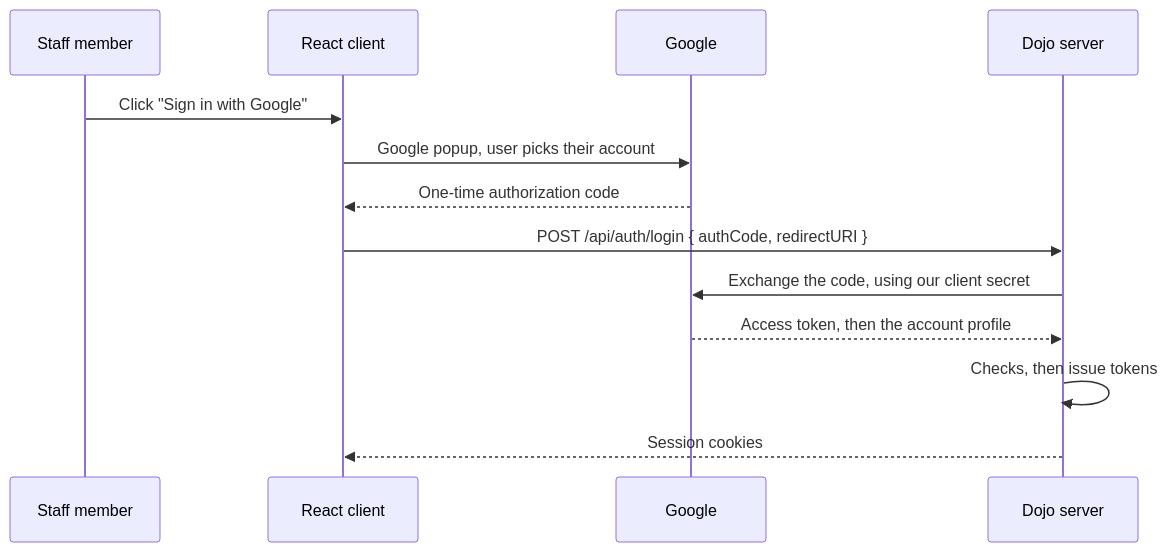
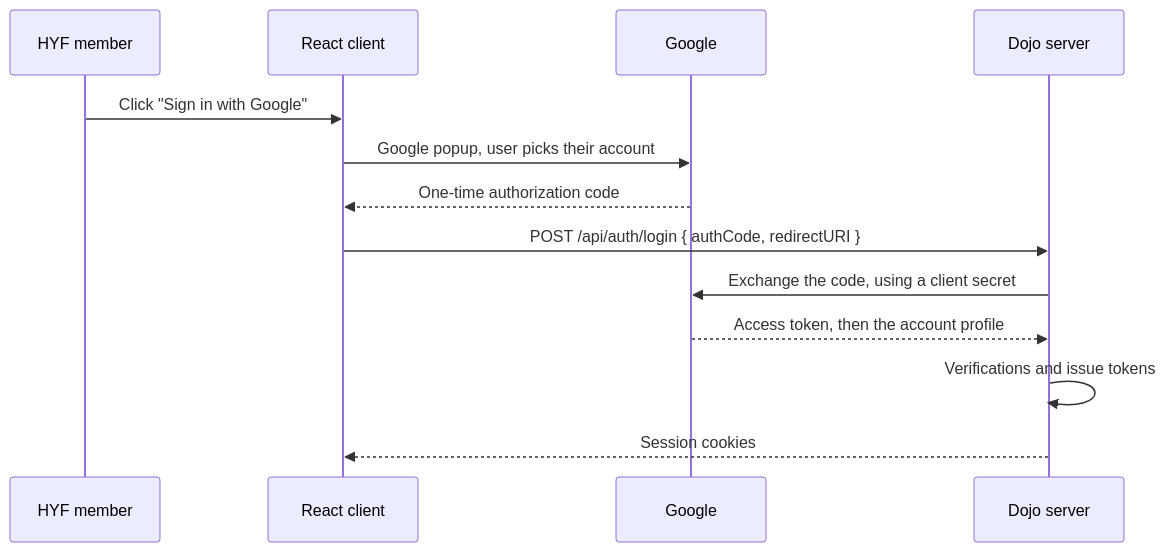
Before and after one commit to HackYourFuture/dojo: the diagram in server-spring/auth.md, drawn with Mermaid. The commit also changed other lines of this file and 3 other files, not shown here.

````diff
--- a/server-spring/auth.md
+++ b/server-spring/auth.md
@@ -11,16 +11,16 @@
 ```mermaid
 sequenceDiagram
-    participant U as Staff member
+    participant U as HYF member
     participant C as React client
     participant G as Google
     participant S as Dojo server
 
     U->>C: Click "Sign in with Google"
     C->>G: Google popup, user picks their account
     G-->>C: One-time authorization code
     C->>S: POST /api/auth/login { authCode, redirectURI }
-    S->>G: Exchange the code, using our client secret
+    S->>G: Exchange the code, using a client secret
     G-->>S: Access token, then the account profile
-    S->>S: Checks, then issue tokens
+    S->>S: Verifications and issue tokens
     S-->>C: Session cookies
 ```
````
